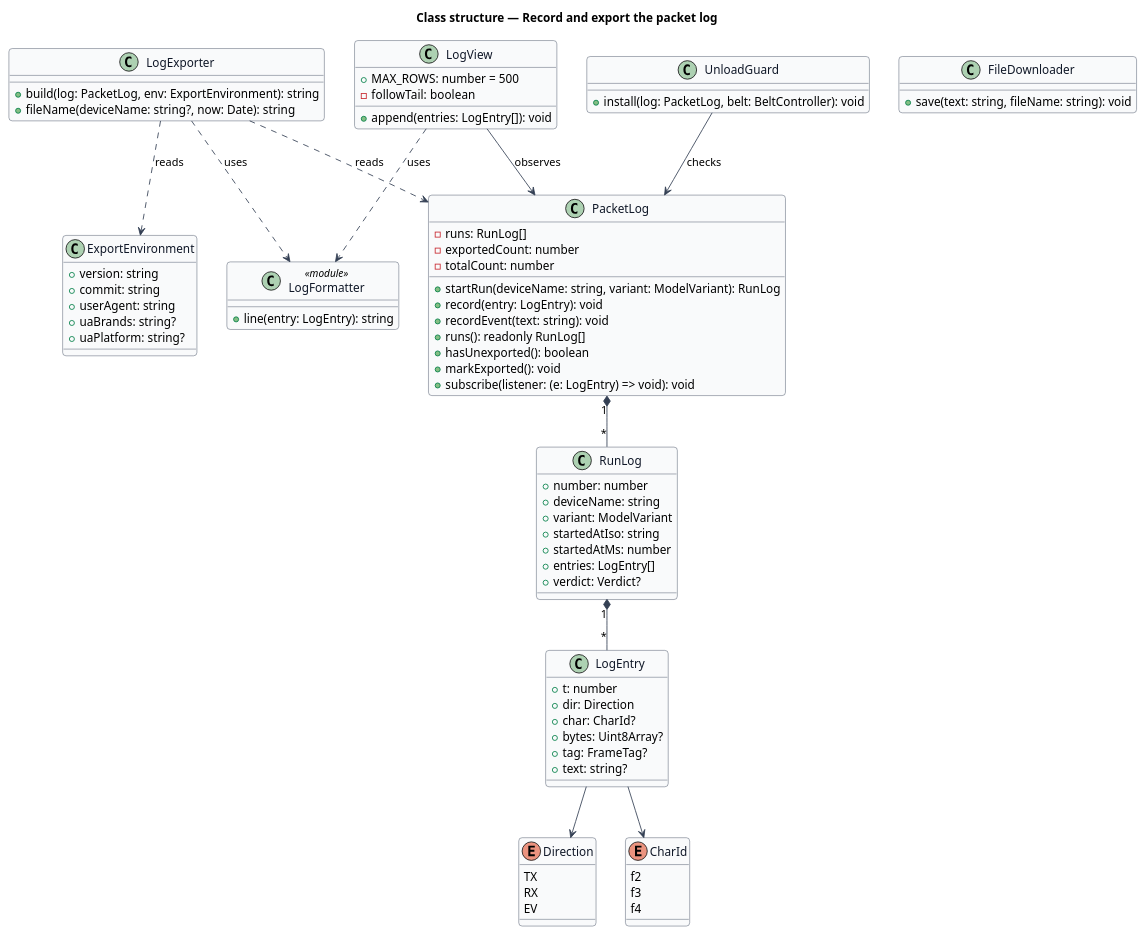
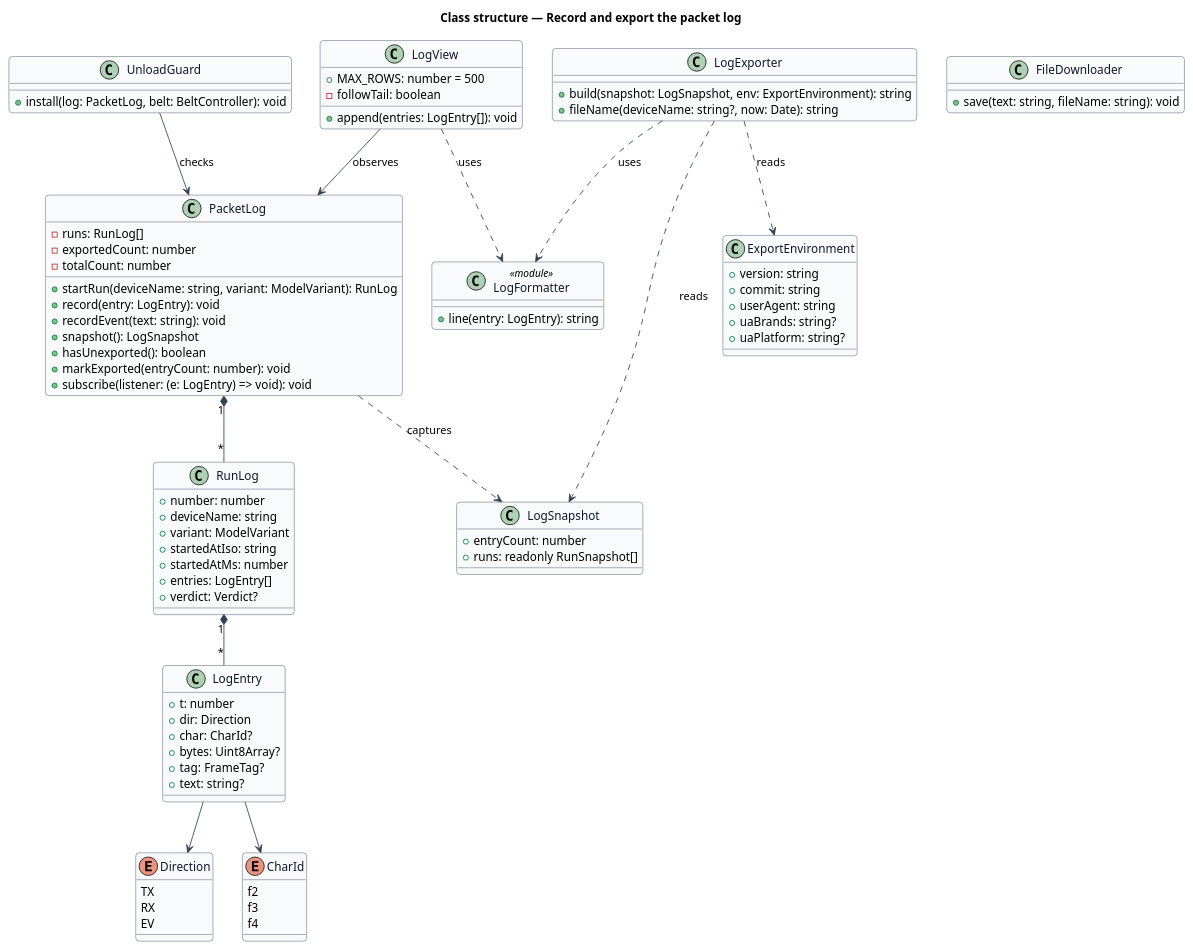
Before and after one commit to QuinntyneBrown/stride-link: the diagram in docs/detailed-designs/diagnostics/record-and-export-log/diagrams/class-structure.puml, drawn with PlantUML. The commit also changed 23 other files, not shown here.

```diff
--- a/docs/detailed-designs/diagnostics/record-and-export-log/diagrams/class-structure.puml
+++ b/docs/detailed-designs/diagnostics/record-and-export-log/diagrams/class-structure.puml
@@ -1,101 +1,107 @@
 @startuml
 ' --- shared skin header ---
 skinparam backgroundColor #FFFFFF
 skinparam shadowing false
 skinparam roundcorner 8
 skinparam defaultFontName Arial
 skinparam ArrowColor #344054
 skinparam class {
   BorderColor #344054
   FontColor #101828
   BackgroundColor #F9FAFB
 }
 ' --------------------------
 title Class structure — Record and export the packet log
 
 class PacketLog {
   -runs: RunLog[]
   -exportedCount: number
   -totalCount: number
   +startRun(deviceName: string, variant: ModelVariant): RunLog
   +record(entry: LogEntry): void
   +recordEvent(text: string): void
-  +runs(): readonly RunLog[]
+  +snapshot(): LogSnapshot
   +hasUnexported(): boolean
-  +markExported(): void
+  +markExported(entryCount: number): void
   +subscribe(listener: (e: LogEntry) => void): void
+}
+
+class LogSnapshot {
+  +entryCount: number
+  +runs: readonly RunSnapshot[]
 }
 
 class RunLog {
   +number: number
   +deviceName: string
   +variant: ModelVariant
   +startedAtIso: string
   +startedAtMs: number
   +entries: LogEntry[]
   +verdict: Verdict?
 }
 
 class LogEntry {
   +t: number
   +dir: Direction
   +char: CharId?
   +bytes: Uint8Array?
   +tag: FrameTag?
   +text: string?
 }
 
 enum Direction {
   TX
   RX
   EV
 }
 
 enum CharId {
   f2
   f3
   f4
 }
 
 class LogFormatter <<module>> {
   +line(entry: LogEntry): string
 }
 
 class LogExporter {
-  +build(log: PacketLog, env: ExportEnvironment): string
+  +build(snapshot: LogSnapshot, env: ExportEnvironment): string
   +fileName(deviceName: string?, now: Date): string
 }
 
 class ExportEnvironment {
   +version: string
   +commit: string
   +userAgent: string
   +uaBrands: string?
   +uaPlatform: string?
 }
 
 class LogView {
   +MAX_ROWS: number = 500
   -followTail: boolean
   +append(entries: LogEntry[]): void
 }
 
 class FileDownloader {
   +save(text: string, fileName: string): void
 }
 
 class UnloadGuard {
   +install(log: PacketLog, belt: BeltController): void
 }
 
 PacketLog "1" *-- "*" RunLog
 RunLog "1" *-- "*" LogEntry
 LogEntry --> Direction
 LogEntry --> CharId
-LogExporter ..> PacketLog : reads
+LogExporter ..> LogSnapshot : reads
+PacketLog ..> LogSnapshot : captures
 LogExporter ..> LogFormatter : uses
 LogExporter ..> ExportEnvironment : reads
 LogView ..> LogFormatter : uses
 LogView --> PacketLog : observes
 UnloadGuard --> PacketLog : checks
 @enduml
```
